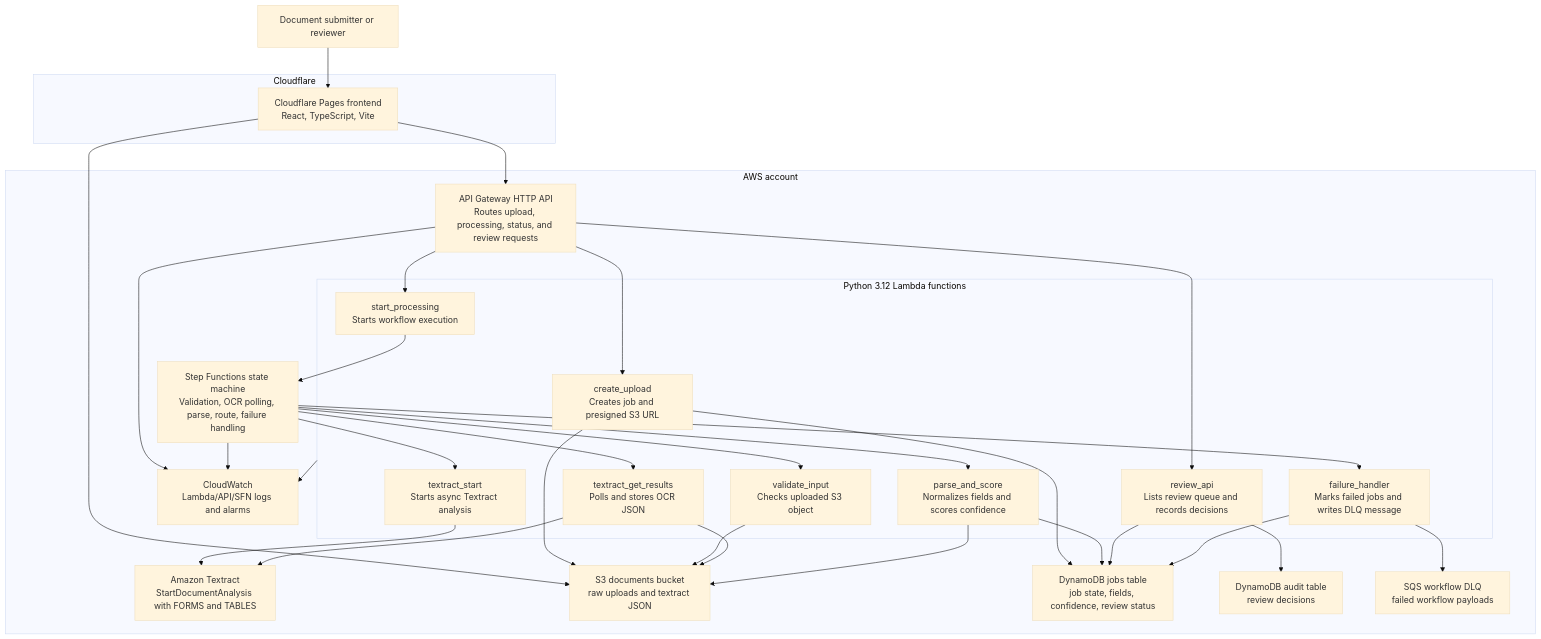
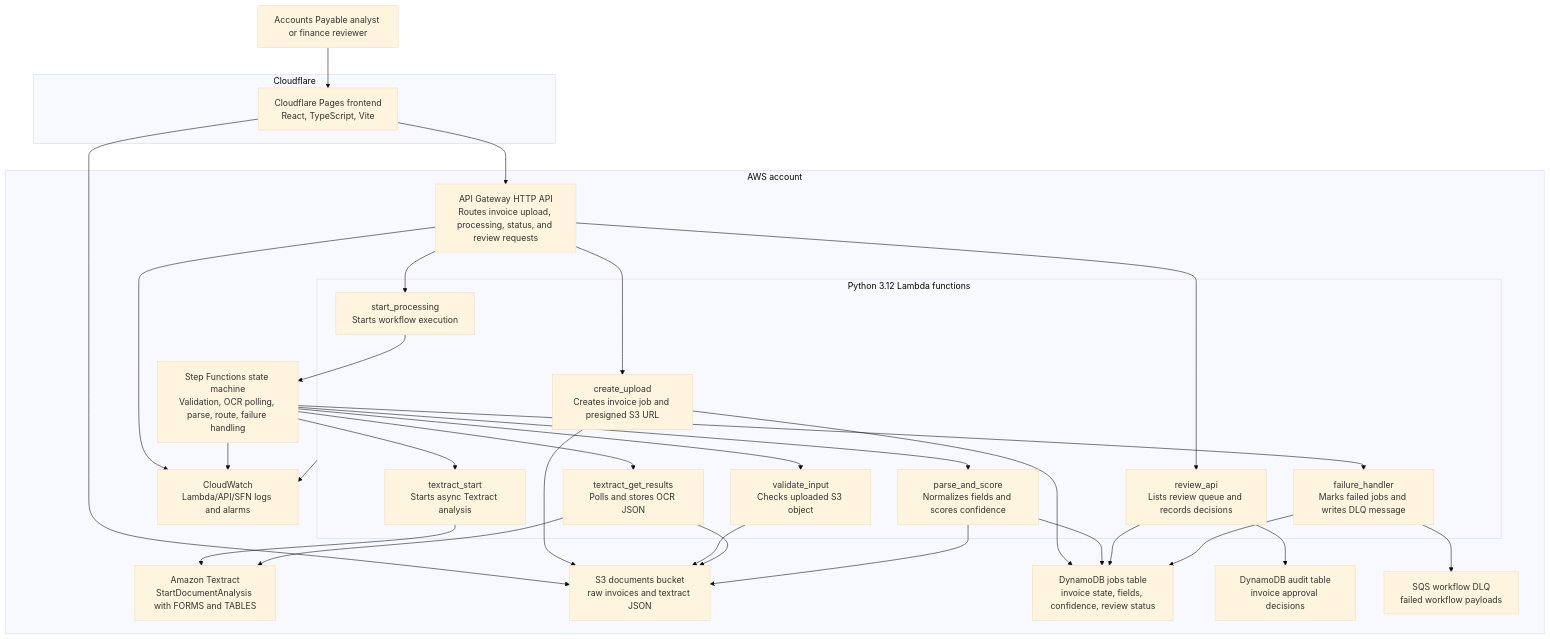
Before and after one commit to manynames3/docuflow-ocr: the diagram in docs/architecture.md, drawn with Mermaid (base theme). The commit also changed other lines of this file and 7 other files, not shown here.

Commit message:
Refine Accounts Payable product positioning

````diff
--- a/docs/architecture.md
+++ b/docs/architecture.md
@@ -7,59 +7,59 @@
 ```mermaid
 flowchart TB
-    User["Document submitter or reviewer"]
+    User["Accounts Payable analyst or finance reviewer"]
 
     subgraph Cloudflare["Cloudflare"]
         Frontend["Cloudflare Pages frontend\nReact, TypeScript, Vite"]
     end
 
     subgraph AWS["AWS account"]
-        API["API Gateway HTTP API\nRoutes upload, processing, status, and review requests"]
+        API["API Gateway HTTP API\nRoutes invoice upload, processing, status, and review requests"]
 
         subgraph Lambdas["Python 3.12 Lambda functions"]
-            CreateUpload["create_upload\nCreates job and presigned S3 URL"]
+            CreateUpload["create_upload\nCreates invoice job and presigned S3 URL"]
             StartProcessing["start_processing\nStarts workflow execution"]
             ValidateInput["validate_input\nChecks uploaded S3 object"]
             StartTextract["textract_start\nStarts async Textract analysis"]
             GetTextract["textract_get_results\nPolls and stores OCR JSON"]
             ParseScore["parse_and_score\nNormalizes fields and scores confidence"]
             ReviewAPI["review_api\nLists review queue and records decisions"]
             FailureHandler["failure_handler\nMarks failed jobs and writes DLQ message"]
         end
 
         SFN["Step Functions state machine\nValidation, OCR polling, parse, route, failure handling"]
         Textract["Amazon Textract\nStartDocumentAnalysis with FORMS and TABLES"]
-        S3["S3 documents bucket\nraw uploads and textract JSON"]
-        Jobs["DynamoDB jobs table\njob state, fields, confidence, review status"]
-        Audit["DynamoDB audit table\nreview decisions"]
+        S3["S3 documents bucket\nraw invoices and textract JSON"]
+        Jobs["DynamoDB jobs table\ninvoice state, fields, confidence, review status"]
+        Audit["DynamoDB audit table\ninvoice approval decisions"]
         DLQ["SQS workflow DLQ\nfailed workflow payloads"]
         Logs["CloudWatch\nLambda/API/SFN logs and alarms"]
     end
 
     User --> Frontend
     Frontend --> API
     Frontend --> S3
     API --> CreateUpload
     API --> StartProcessing
     API --> ReviewAPI
     CreateUpload --> Jobs
     CreateUpload --> S3
     StartProcessing --> SFN
     SFN --> ValidateInput
     ValidateInput --> S3
     SFN --> StartTextract
     StartTextract --> Textract
     SFN --> GetTextract
     GetTextract --> Textract
     GetTextract --> S3
     SFN --> ParseScore
     ParseScore --> S3
     ParseScore --> Jobs
     ReviewAPI --> Jobs
     ReviewAPI --> Audit
     SFN --> FailureHandler
     FailureHandler --> Jobs
     FailureHandler --> DLQ
     API --> Logs
     Lambdas --> Logs
     SFN --> Logs
 ```
````
